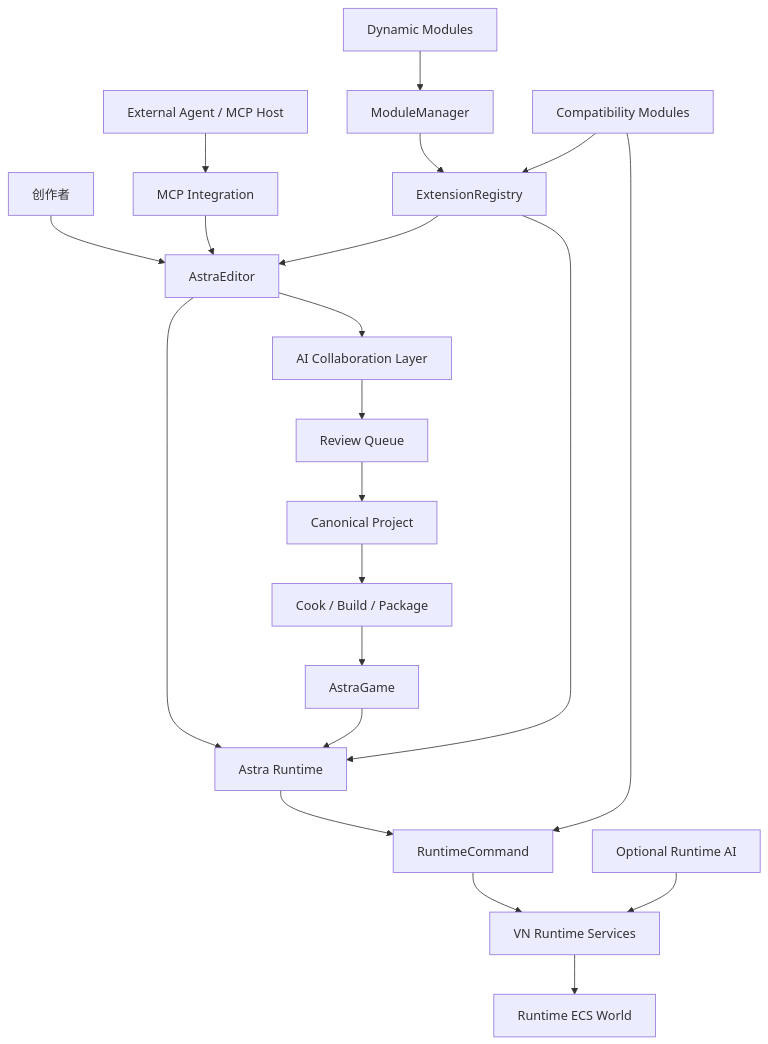
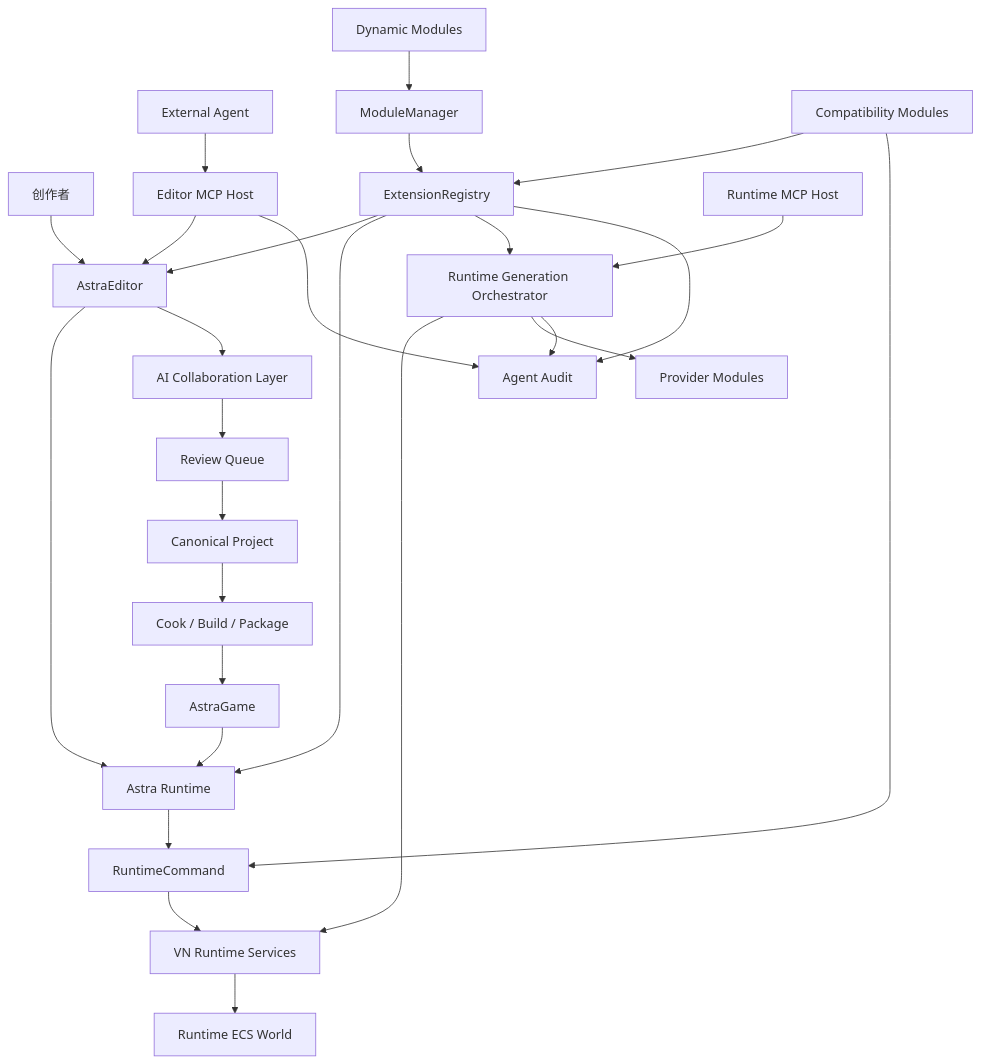
One commit to 2018wzh/AstraEngine changed the diagram in docs/design/architecture.md. Above: the diagram before and after it, drawn with Mermaid. The commit also changed other lines of this file and 110 other files, not shown here.

````diff
--- a/docs/design/architecture.md
+++ b/docs/design/architecture.md
@@ -20,23 +20,29 @@
 ```mermaid
 flowchart TD
     Author["创作者"] --> Editor["AstraEditor"]
-    ExternalAgent["External Agent / MCP Host"] --> MCP["MCP Integration"]
-    MCP --> Editor
+    ExternalAgent["External Agent"] --> EditorMCP["Editor MCP Host"]
+    EditorMCP --> Editor
     Modules["Dynamic Modules"] --> ModuleManager["ModuleManager"]
     ModuleManager --> ExtensionRegistry["ExtensionRegistry"]
     ExtensionRegistry --> Editor
     ExtensionRegistry --> AstraRuntime["Astra Runtime"]
+    ExtensionRegistry --> RuntimeGen["Runtime Generation Orchestrator"]
+    ExtensionRegistry --> AgentAudit["Agent Audit"]
     Editor --> AstraRuntime
     Editor --> AgentLayer["AI Collaboration Layer"]
     AgentLayer --> ReviewQueue["Review Queue"]
     ReviewQueue --> CanonProject["Canonical Project"]
     CanonProject --> Cook["Cook / Build / Package"]
     Cook --> Game["AstraGame"]
     Game --> AstraRuntime
     AstraRuntime --> RuntimeCommands["RuntimeCommand"]
     RuntimeCommands --> RuntimeServices["VN Runtime Services"]
     RuntimeServices --> RuntimeECS["Runtime ECS World"]
     CompatModules["Compatibility Modules"] --> ExtensionRegistry
     CompatModules --> RuntimeCommands
-    RuntimeAI["Optional Runtime AI"] --> RuntimeServices
+    RuntimeMCP["Runtime MCP Host"] --> RuntimeGen
+    RuntimeGen --> RuntimeServices
+    RuntimeGen --> Provider["Provider Modules"]
+    EditorMCP --> AgentAudit
+    RuntimeGen --> AgentAudit
 ```
````
